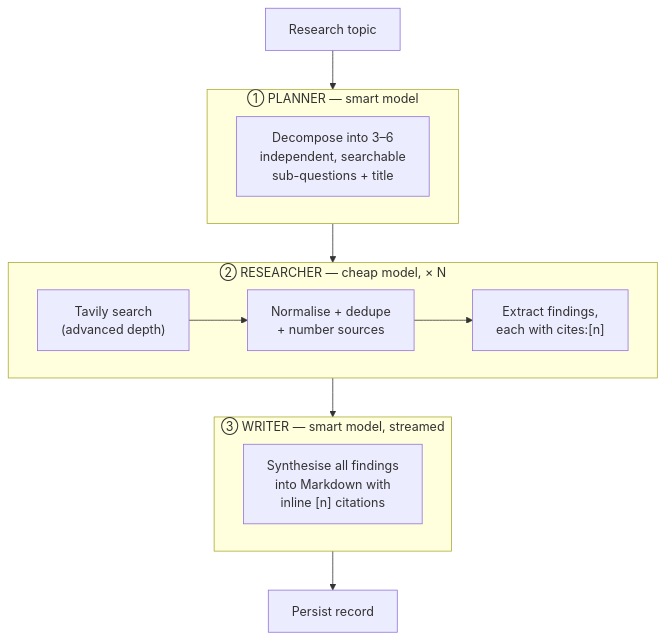
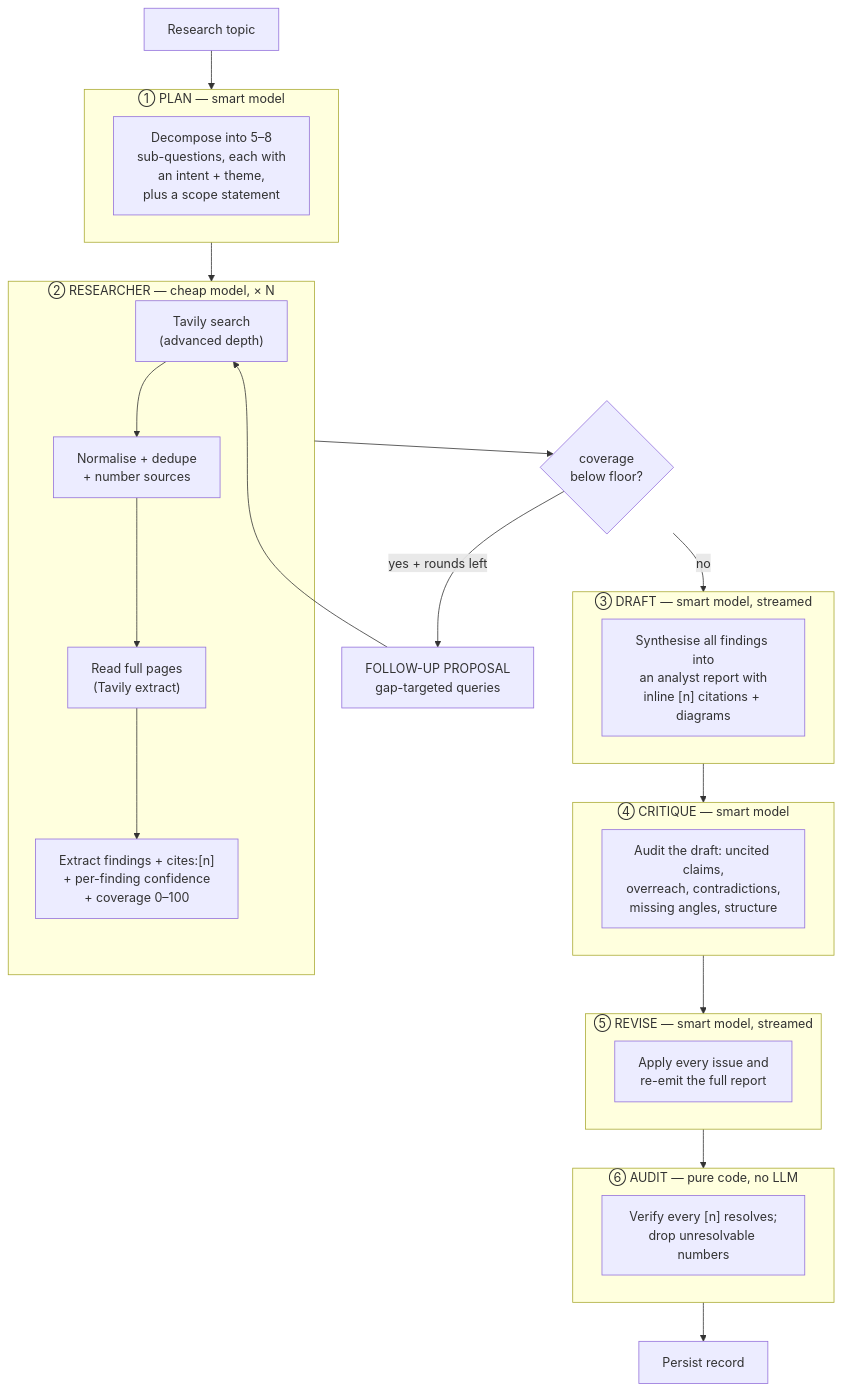
Before and after one commit to AlphaBeast97/deep-research-ai-platform: the fourth of 16 diagrams in docs/ARCHITECTURE.md, drawn with Mermaid. The commit also changed other lines of this file and 1 other file, not shown here.

First line of the commit message:
docs: align README and architecture record with the six-phase pipeline

````diff
--- a/docs/ARCHITECTURE.md
+++ b/docs/ARCHITECTURE.md
@@ -317,25 +333,48 @@
 ```mermaid
 flowchart TD
     Q["Research topic"] --> P
 
-    subgraph P["① PLANNER — smart model"]
-        P1["Decompose into 3–6<br/>independent, searchable<br/>sub-questions + title"]
+    subgraph P["① PLAN — smart model"]
+        P1["Decompose into 5–8<br/>sub-questions, each with<br/>an intent + theme,<br/>plus a scope statement"]
     end
 
     P --> R
 
     subgraph R["② RESEARCHER — cheap model, × N"]
         R1["Tavily search<br/>(advanced depth)"]
         R2["Normalise + dedupe<br/>+ number sources"]
-        R3["Extract findings,<br/>each with cites:[n]"]
-        R1 --> R2 --> R3
+        R3["Read full pages<br/>(Tavily extract)"]
+        R4["Extract findings + cites:[n]<br/>+ per-finding confidence<br/>+ coverage 0–100"]
+        R1 --> R2 --> R3 --> R4
     end
 
-    R --> W
+    R --> GAP{"coverage<br/>below floor?"}
+    GAP -->|"yes + rounds left"| FU["FOLLOW-UP PROPOSAL<br/>gap-targeted queries"]
+    FU --> R1
 
-    subgraph W["③ WRITER — smart model, streamed"]
-        W1["Synthesise all findings<br/>into Markdown with<br/>inline [n] citations"]
+    GAP -->|"no"| W
+
+    subgraph W["③ DRAFT — smart model, streamed"]
+        W1["Synthesise all findings into<br/>an analyst report with<br/>inline [n] citations + diagrams"]
     end
 
-    W --> SAVE["Persist record"]
+    W --> C
+
+    subgraph C["④ CRITIQUE — smart model"]
+        C1["Audit the draft: uncited claims,<br/>overreach, contradictions,<br/>missing angles, structure"]
+    end
+
+    C --> RV
+
+    subgraph RV["⑤ REVISE — smart model, streamed"]
+        RV1["Apply every issue and<br/>re-emit the full report"]
+    end
+
+    RV --> AU
+
+    subgraph AU["⑥ AUDIT — pure code, no LLM"]
+        AU1["Verify every [n] resolves;<br/>drop unresolvable numbers"]
+    end
+
+    AU --> SAVE["Persist record"]
 ```
````
